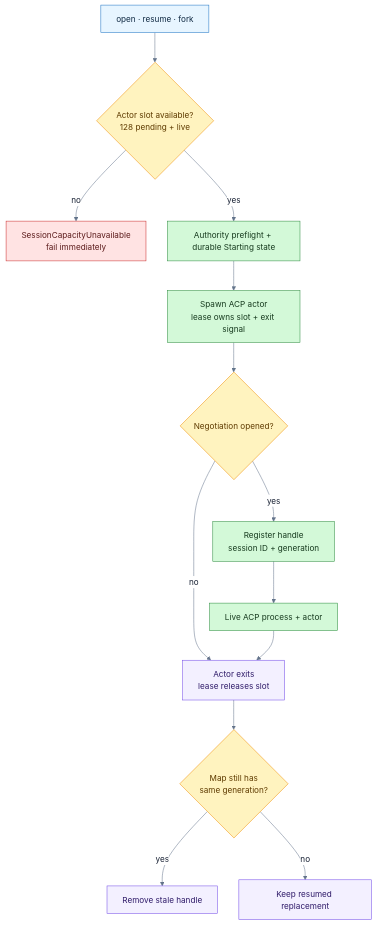
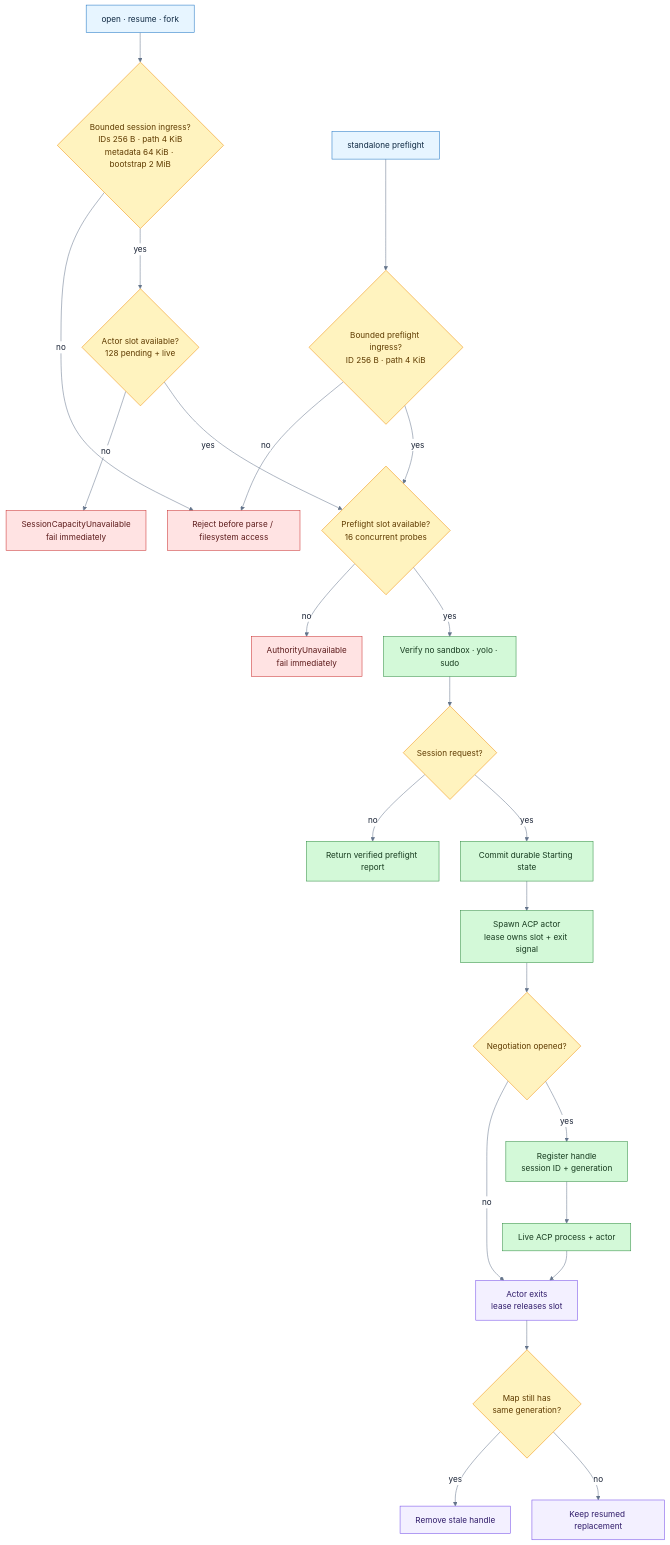
Before and after one commit to fontanierh/crab: the diagram in v2/docs/agent-session-admission.mmd, drawn with Mermaid. The commit also changed 11 other files, not shown here.

```diff
--- a/v2/docs/agent-session-admission.mmd
+++ b/v2/docs/agent-session-admission.mmd
@@ -1,26 +1,36 @@
 %%{init: {"theme": "base", "themeVariables": {"fontFamily": "ui-sans-serif, system-ui, sans-serif", "primaryTextColor": "#172033", "lineColor": "#64748b", "edgeLabelBackground": "#ffffff"}, "flowchart": {"curve": "basis", "nodeSpacing": 42, "rankSpacing": 58}}}%%
 flowchart TB
-    REQUEST["open · resume · fork"] --> ADMIT{"Actor slot available?<br/>128 pending + live"}
+    REQUEST["open · resume · fork"] --> VALIDATE{"Bounded session ingress?<br/>IDs 256 B · path 4 KiB<br/>metadata 64 KiB · bootstrap 2 MiB"}
+    DIRECT["standalone preflight"] --> PREFLIGHT_INPUT{"Bounded preflight ingress?<br/>ID 256 B · path 4 KiB"}
+    VALIDATE -->|"no"| INVALID["Reject before parse / filesystem access"]
+    PREFLIGHT_INPUT -->|"no"| INVALID
+    VALIDATE -->|"yes"| ADMIT{"Actor slot available?<br/>128 pending + live"}
     ADMIT -->|"no"| FULL["SessionCapacityUnavailable<br/>fail immediately"]
-    ADMIT -->|"yes"| PREFLIGHT["Authority preflight + durable Starting state"]
-    PREFLIGHT --> SPAWN["Spawn ACP actor<br/>lease owns slot + exit signal"]
+    ADMIT -->|"yes"| PROBE{"Preflight slot available?<br/>16 concurrent probes"}
+    PREFLIGHT_INPUT -->|"yes"| PROBE
+    PROBE -->|"no"| BUSY["AuthorityUnavailable<br/>fail immediately"]
+    PROBE -->|"yes"| PREFLIGHT["Verify no sandbox · yolo · sudo"]
+    PREFLIGHT --> SESSION{"Session request?"}
+    SESSION -->|"no"| REPORT["Return verified preflight report"]
+    SESSION -->|"yes"| START["Commit durable Starting state"]
+    START --> SPAWN["Spawn ACP actor<br/>lease owns slot + exit signal"]
     SPAWN --> OPENED{"Negotiation opened?"}
     OPENED -->|"no"| EXIT["Actor exits<br/>lease releases slot"]
     OPENED -->|"yes"| REGISTER["Register handle<br/>session ID + generation"]
     REGISTER --> LIVE["Live ACP process + actor"]
     LIVE --> EXIT
     EXIT --> REAP{"Map still has<br/>same generation?"}
     REAP -->|"yes"| REMOVE["Remove stale handle"]
     REAP -->|"no"| KEEP["Keep resumed replacement"]
 
     classDef request fill:#e7f5ff,stroke:#1971c2,color:#102a43
     classDef decision fill:#fff3bf,stroke:#f08c00,color:#5f3b00
     classDef runtime fill:#d3f9d8,stroke:#2b8a3e,color:#173b1f
     classDef reject fill:#ffe3e3,stroke:#c92a2a,color:#5c1b1b
     classDef cleanup fill:#f3f0ff,stroke:#7048e8,color:#2f1b69
 
-    class REQUEST request
-    class ADMIT,OPENED,REAP decision
-    class PREFLIGHT,SPAWN,REGISTER,LIVE runtime
-    class FULL reject
+    class REQUEST,DIRECT request
+    class VALIDATE,PREFLIGHT_INPUT,ADMIT,PROBE,SESSION,OPENED,REAP decision
+    class PREFLIGHT,REPORT,START,SPAWN,REGISTER,LIVE runtime
+    class INVALID,FULL,BUSY reject
     class EXIT,REMOVE,KEEP cleanup
```
